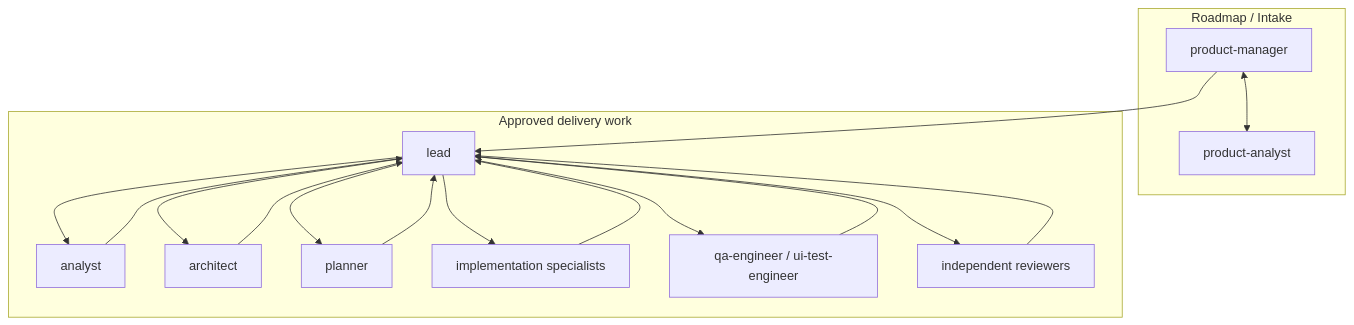
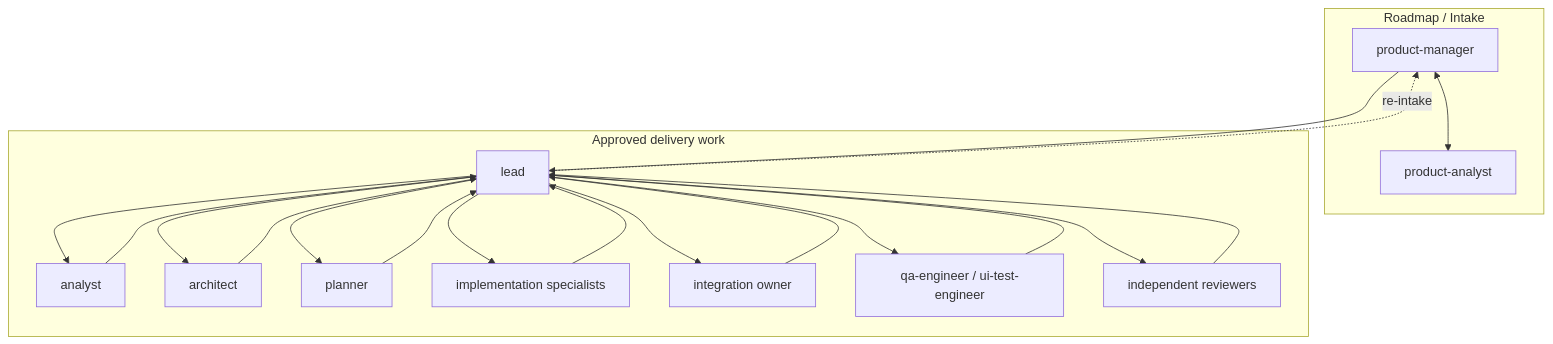
One commit to applicate2628/Orchestrarium changed the second of 4 diagrams in references/operating-model-diagram.md. Above: the diagram before and after it, drawn with Mermaid. The commit also changed other lines of this file and 24 other files, not shown here.

````diff
--- a/references/operating-model-diagram.md
+++ b/references/operating-model-diagram.md
@@ -40,34 +42,38 @@
 ```mermaid
 flowchart TB
     subgraph Roadmap["Roadmap / Intake"]
         PM["product-manager"]
         PA["product-analyst"]
     end
 
     subgraph Delivery["Approved delivery work"]
         M["lead"]
         A["analyst"]
         AR["architect"]
         P["planner"]
         IMPL["implementation specialists"]
+        INT["integration owner"]
         QA["qa-engineer / ui-test-engineer"]
         REV["independent reviewers"]
     end
 
     PM <--> PA
     PM --> M
+    M -. "re-intake" .-> PM
 
     M --> A
     M --> AR
     M --> P
     M --> IMPL
+    M --> INT
     M --> QA
     M --> REV
 
     A --> M
     AR --> M
     P --> M
     IMPL --> M
+    INT --> M
     QA --> M
     REV --> M
 ```
````
